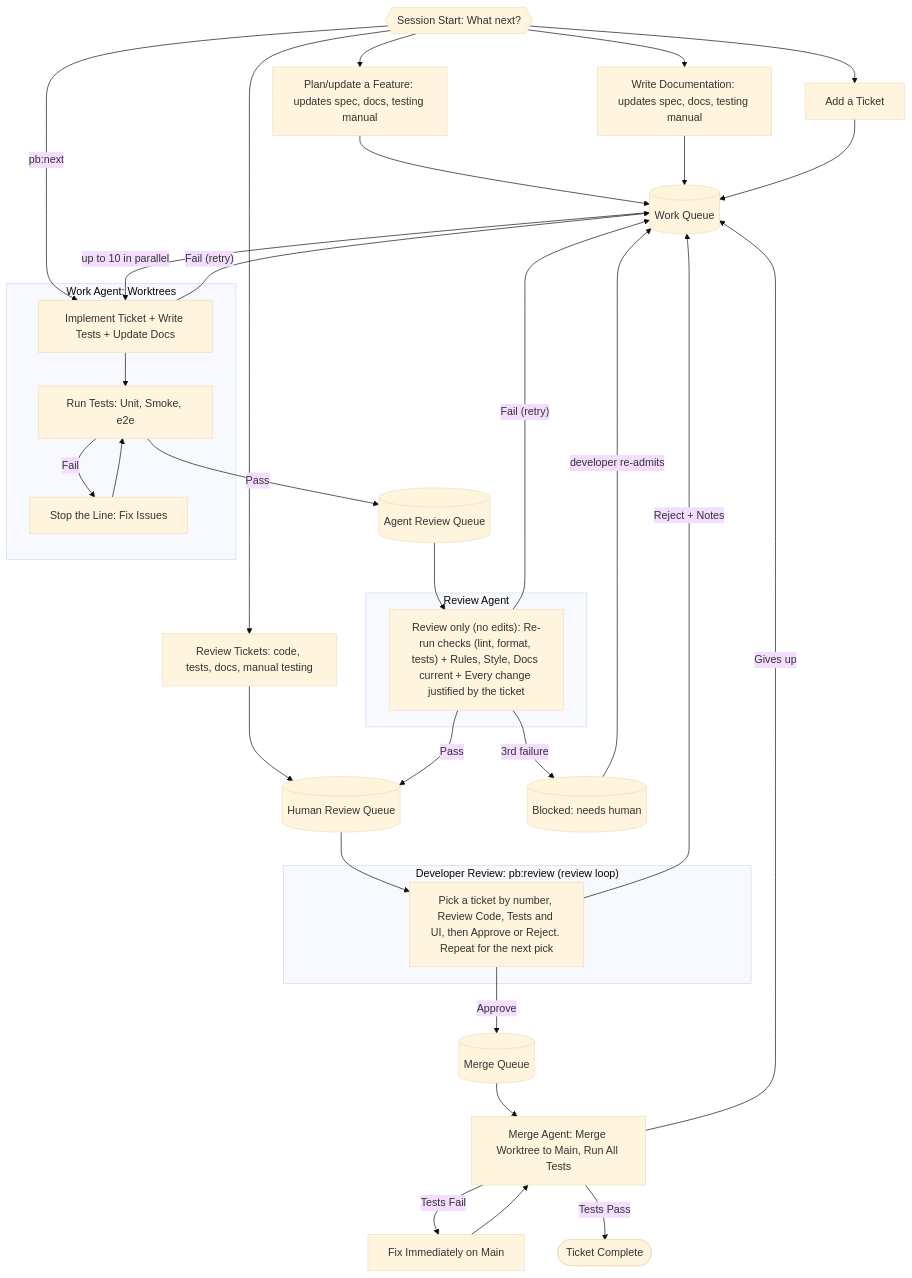
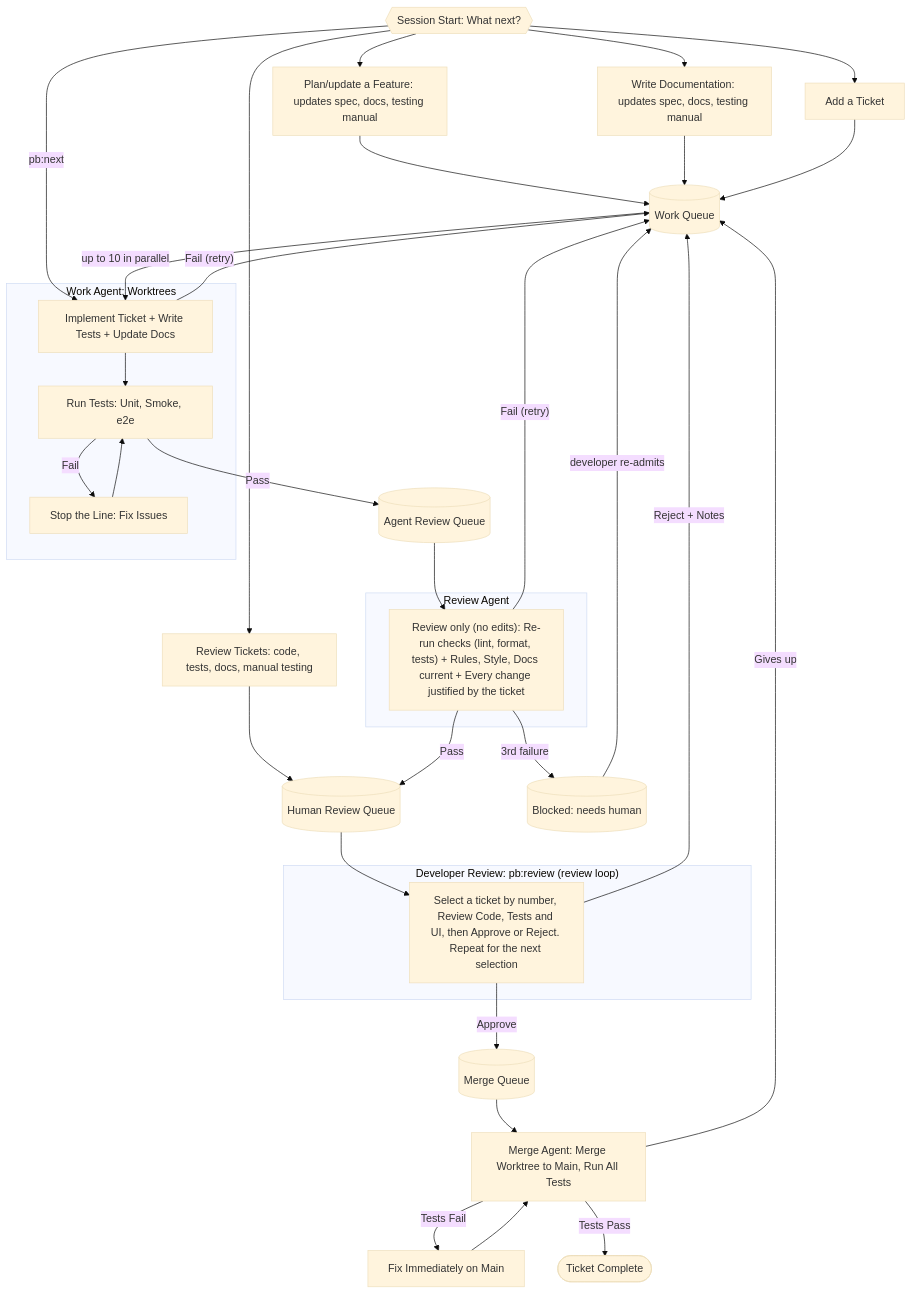
The second of 3 diagrams in handbook.md (ashleydavis/playbook), drawn with Mermaid (base theme) before and after one commit. The commit also changed other lines of this file and 3 other files, not shown here.

````diff
--- a/handbook.md
+++ b/handbook.md
@@ -104,45 +104,45 @@
 ```mermaid
 flowchart TD
     SESSION{{"Session Start: What next?"}} --> PLAN
     SESSION --> DOCS
     SESSION --> ADD_WI
     SESSION --> REVIEW_WI
     SESSION -->|pb:next| IMPL
 
     PLAN["Plan/update a Feature: updates spec, docs, testing manual"] --> WQ
     DOCS["Write Documentation: updates spec, docs, testing manual"] --> WQ
     ADD_WI["Add a Ticket"] --> WQ
     REVIEW_WI["Review Tickets: code, tests, docs, manual testing"] --> HR
 
     WQ[("Work Queue")] -->|"up to 10 in parallel"| IMPL
 
     subgraph WorkAgent ["Work Agent: Worktrees"]
         IMPL["Implement Ticket + Write Tests + Update Docs"] --> RT["Run Tests: Unit, Smoke, e2e"]
         RT -->|Fail| STL["Stop the Line: Fix Issues"]
         STL --> RT
     end
 
     subgraph ReviewAgent ["Review Agent"]
         CHK["Review only (no edits): Re-run checks (lint, format, tests) + Rules, Style, Docs current + Every change justified by the ticket"]
     end
 
     subgraph DevReview ["Developer Review: pb:review (review loop)"]
-        VIEW["Pick a ticket by number, Review Code, Tests and UI, then Approve or Reject. Repeat for the next pick"]
+        VIEW["Select a ticket by number, Review Code, Tests and UI, then Approve or Reject. Repeat for the next selection"]
     end
 
     RT -->|Pass| AR[("Agent Review Queue")]
     AR --> CHK
     CHK -->|"Fail (retry)"| WQ
     CHK -->|"3rd failure"| BLK[("Blocked: needs human")]
     CHK -->|Pass| HR[("Human Review Queue")]
     HR --> VIEW
     VIEW -->|Reject + Notes| WQ
     VIEW -->|Approve| MQ[("Merge Queue")]
     MQ --> MA["Merge Agent: Merge Worktree to Main, Run All Tests"]
     MA -->|Tests Fail| FIX["Fix Immediately on Main"]
     FIX --> MA
     MA -->|"Gives up"| WQ
     MA -->|Tests Pass| DONE(["Ticket Complete"])
     IMPL -->|"Fail (retry)"| WQ
     BLK -->|"developer re-admits"| WQ
 ```
````
